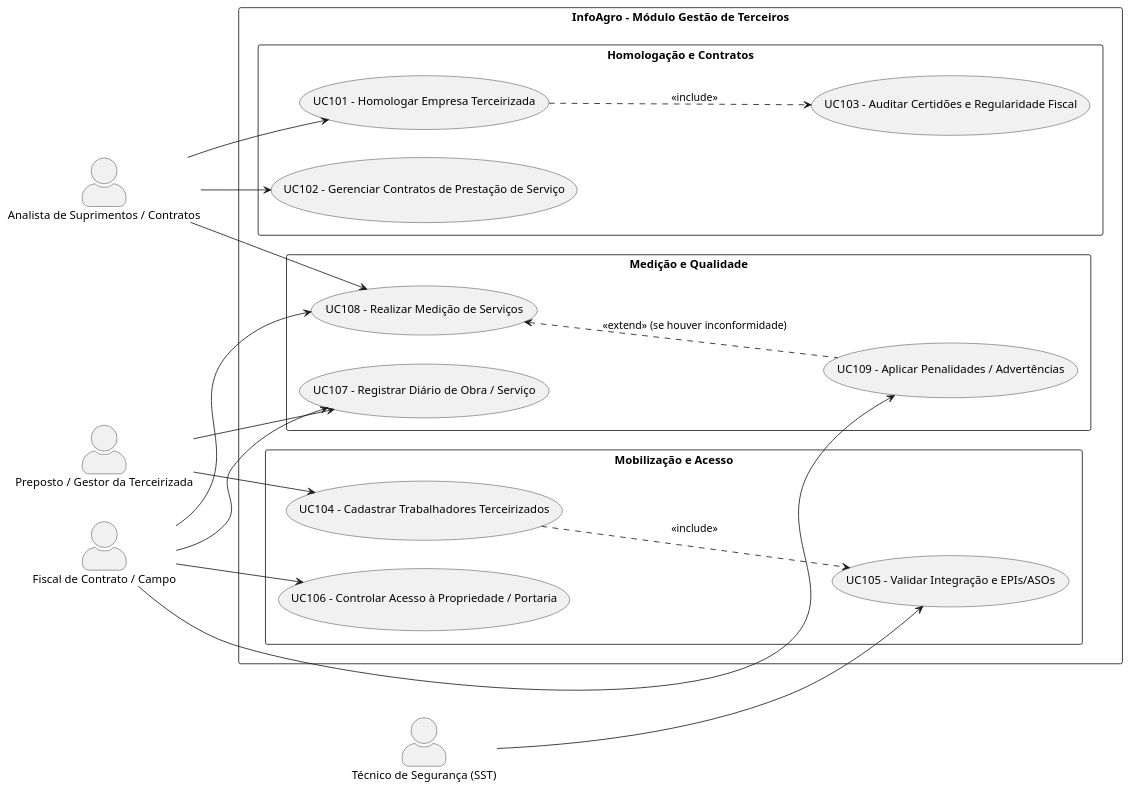
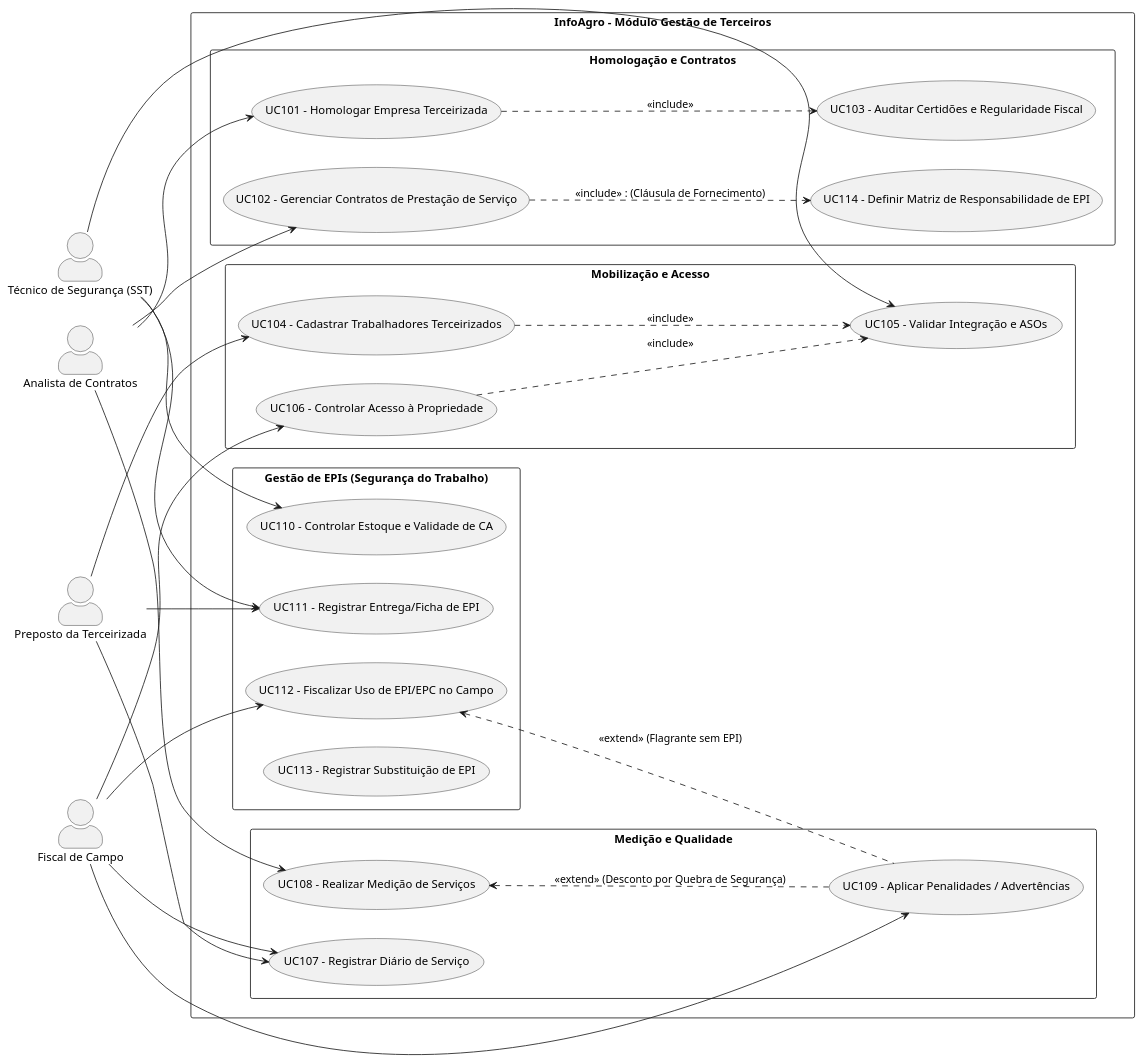
The diagram in gestaoDeTerceiros.plantuml (WesleySchuab/AnaliseDesenvolvimento-), drawn with PlantUML before and after one commit. The commit also changed 4 other files, not shown here.

Commit message:
Atualiza diagramas e adiciona novos arquivos

```diff
--- a/gestaoDeTerceiros.plantuml
+++ b/gestaoDeTerceiros.plantuml
@@ -1,53 +1,68 @@
-@startuml InfoAgro - Gestão de Terceiros
+@startuml InfoAgro - Gestão de Terceiros e EPIs Atualizado
 left to right direction
 skinparam packageStyle rectangle
 skinparam actorStyle awesome
 
-actor "Analista de Suprimentos / Contratos" as Suprimentos
+actor "Analista de Contratos" as Suprimentos
 actor "Técnico de Segurança (SST)" as SST
-actor "Fiscal de Contrato / Campo" as Fiscal
-actor "Preposto / Gestor da Terceirizada" as Preposto
+actor "Fiscal de Campo" as Fiscal
+actor "Preposto da Terceirizada" as Preposto
 
 rectangle "InfoAgro - Módulo Gestão de Terceiros" {
     
     package "Homologação e Contratos" {
         usecase "UC101 - Homologar Empresa Terceirizada" as UC101
         usecase "UC102 - Gerenciar Contratos de Prestação de Serviço" as UC102
         usecase "UC103 - Auditar Certidões e Regularidade Fiscal" as UC103
+        usecase "UC114 - Definir Matriz de Responsabilidade de EPI" as UC114
     }
     
     package "Mobilização e Acesso" {
         usecase "UC104 - Cadastrar Trabalhadores Terceirizados" as UC104
-        usecase "UC105 - Validar Integração e EPIs/ASOs" as UC105
-        usecase "UC106 - Controlar Acesso à Propriedade / Portaria" as UC106
+        usecase "UC105 - Validar Integração e ASOs" as UC105
+        usecase "UC106 - Controlar Acesso à Propriedade" as UC106
+    }
+    
+    package "Gestão de EPIs (Segurança do Trabalho)" {
+        usecase "UC110 - Controlar Estoque e Validade de CA" as UC110
+        usecase "UC111 - Registrar Entrega/Ficha de EPI" as UC111
+        usecase "UC112 - Fiscalizar Uso de EPI/EPC no Campo" as UC112
+        usecase "UC113 - Registrar Substituição de EPI" as UC113
     }
     
     package "Medição e Qualidade" {
-        usecase "UC107 - Registrar Diário de Obra / Serviço" as UC107
+        usecase "UC107 - Registrar Diário de Serviço" as UC107
         usecase "UC108 - Realizar Medição de Serviços" as UC108
         usecase "UC109 - Aplicar Penalidades / Advertências" as UC109
     }
     
-    ' Relacionamentos
+    ' Relacionamentos Ajustados
     UC101 ..> UC103 : <<include>>
+    UC102 ..> UC114 : <<include>> : (Cláusula de Fornecimento)
     UC104 ..> UC105 : <<include>>
-    UC108 <.. UC109 : <<extend>> (se houver inconformidade)
+    
+    ' Trava de portaria: Bloqueia acesso se a Ficha de EPI ou ASO estiverem inválidos
+    UC106 ..> UC105 : <<include>>
+    
+    UC108 <.. UC109 : <<extend>> (Desconto por Quebra de Segurança)
+    UC112 <.. UC109 : <<extend>> (Flagrante sem EPI)
 }
 
-' Associações dos Atores
 Suprimentos --> UC101
 Suprimentos --> UC102
 Suprimentos --> UC108
 
 SST --> UC105
+SST --> UC110
+SST --> UC111
 
 Fiscal --> UC106
 Fiscal --> UC107
-Fiscal --> UC108
+Fiscal --> UC112
 Fiscal --> UC109
 
-' O Preposto externo interage fornecendo dados
 Preposto --> UC104
 Preposto --> UC107
+Preposto --> UC111
 
 @enduml
```
